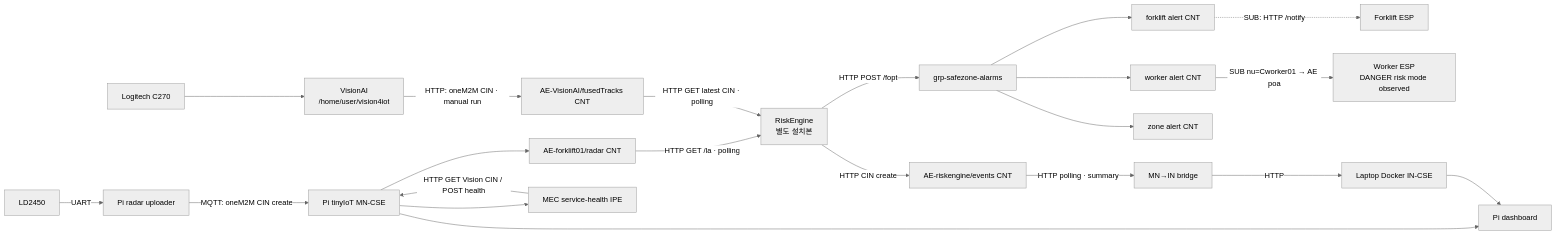
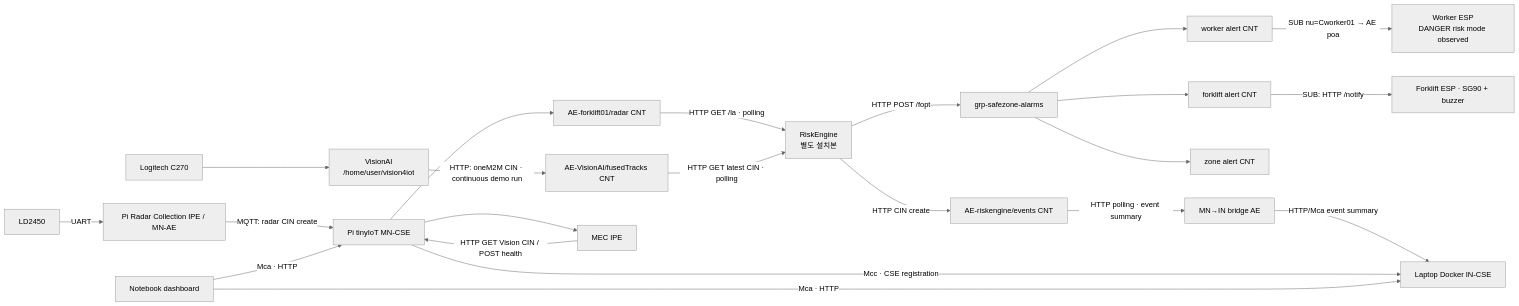
Before and after one commit to extra-7ex/Sejong_4IoT_OneM2M: the first of 5 diagrams in docs/architecture.md, drawn with Mermaid (neutral theme). The commit also changed other lines of this file and 17 other files, not shown here.

````diff
--- a/docs/architecture.md
+++ b/docs/architecture.md
@@ -7,23 +7,26 @@
 ```mermaid
 flowchart LR
-  LD["LD2450"] -->|"UART"| UP["Pi radar uploader"]
-  UP -->|"MQTT: oneM2M CIN create"| MN["Pi tinyIoT MN-CSE"]
+  LD["LD2450"] -->|"UART"| UP["Pi Radar Collection IPE / MN-AE"]
+  UP -->|"MQTT: radar CIN create"| MN["Pi tinyIoT MN-CSE"]
   MN --> RAD["AE-forklift01/radar CNT"]
   RAD -->|"HTTP GET /la · polling"| RE["RiskEngine<br/>별도 설치본"]
   CAM["Logitech C270"] --> VISION["VisionAI<br/>/home/user/vision4iot"]
-  VISION -->|"HTTP: oneM2M CIN · manual run"| FUSED["AE-VisionAI/fusedTracks CNT"]
+  VISION -->|"HTTP: oneM2M CIN · continuous demo run"| FUSED["AE-VisionAI/fusedTracks CNT"]
   FUSED -->|"HTTP GET latest CIN · polling"| RE
   RE -->|"HTTP CIN create"| EV["AE-riskengine/events CNT"]
   RE -->|"HTTP POST /fopt"| GRP["grp-safezone-alarms"]
   GRP --> FA["forklift alert CNT"]
   GRP --> WA["worker alert CNT"]
   GRP --> ZA["zone alert CNT"]
-  FA -.->|"SUB: HTTP /notify"| E1["Forklift ESP"]
+  FA -->|"SUB: HTTP /notify"| E1["Forklift ESP · SG90 + buzzer"]
   WA -->|"SUB nu=Cworker01 → AE poa"| E2["Worker ESP<br/>DANGER risk mode observed"]
-  EV -->|"HTTP polling · summary"| BR["MN→IN bridge"]
-  BR -->|"HTTP"| IN["Laptop Docker IN-CSE"]
-  MN --> DASH["Pi dashboard"]
-  IN --> DASH
-  MN --> IPE["MEC service-health IPE"]
+  EV -->|"HTTP polling · event summary"| BR["MN→IN bridge AE"]
+  MN --> IPE["MEC IPE"]
   IPE -->|"HTTP GET Vision CIN / POST health"| MN
+  IN["Laptop Docker IN-CSE"]
+  BR -->|"HTTP/Mca event summary"| IN
+  MN -->|"Mcc · CSE registration"| IN
+  DASH["Notebook dashboard"]
+  DASH -->|"Mca · HTTP"| MN
+  DASH -->|"Mca · HTTP"| IN
 ```
````
